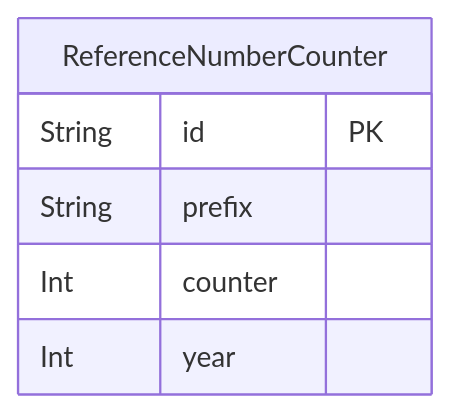
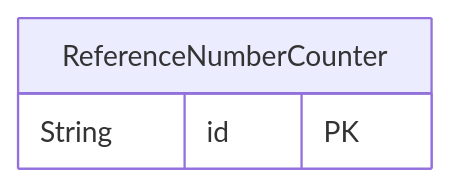
The seventh of 22 diagrams in docs/architecture/views/logical/data-and-persistence/generated/database-schema.md (gpgsistemas01/nexus), drawn with Mermaid before and after one commit. The commit also changed other lines of this file and 4 other files, not shown here.

Commit message:
docs: simplificar vista lógica y aclarar relaciones del modelo ER

````diff
--- a/docs/architecture/views/logical/data-and-persistence/generated/database-schema.md
+++ b/docs/architecture/views/logical/data-and-persistence/generated/database-schema.md
@@ -396,12 +183,9 @@
 ```mermaid
 erDiagram
     direction LR
     ReferenceNumberCounter {
         String id PK
-        String prefix
-        Int counter
-        Int year
     }
 
 
 ```
````
